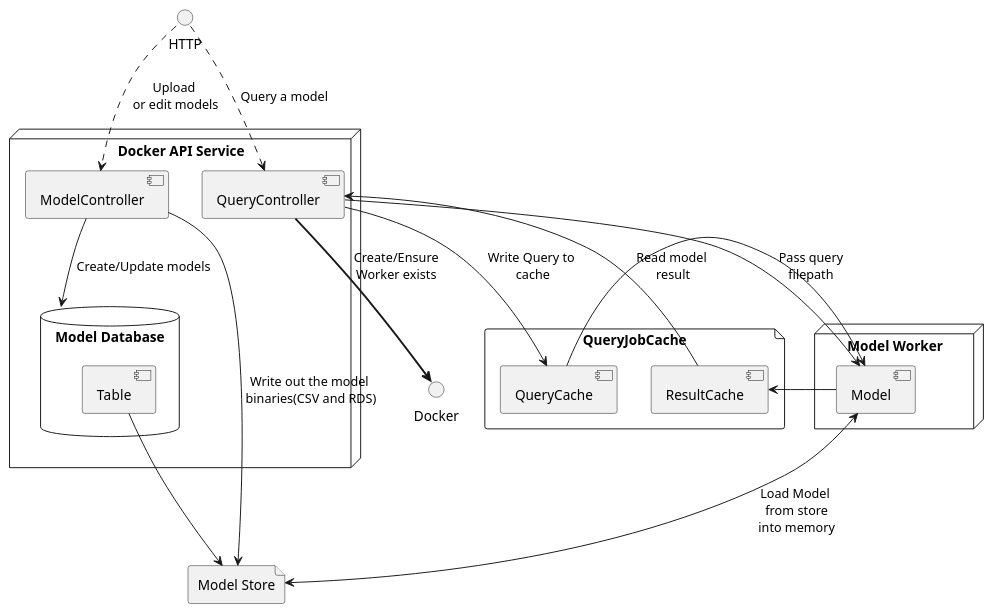
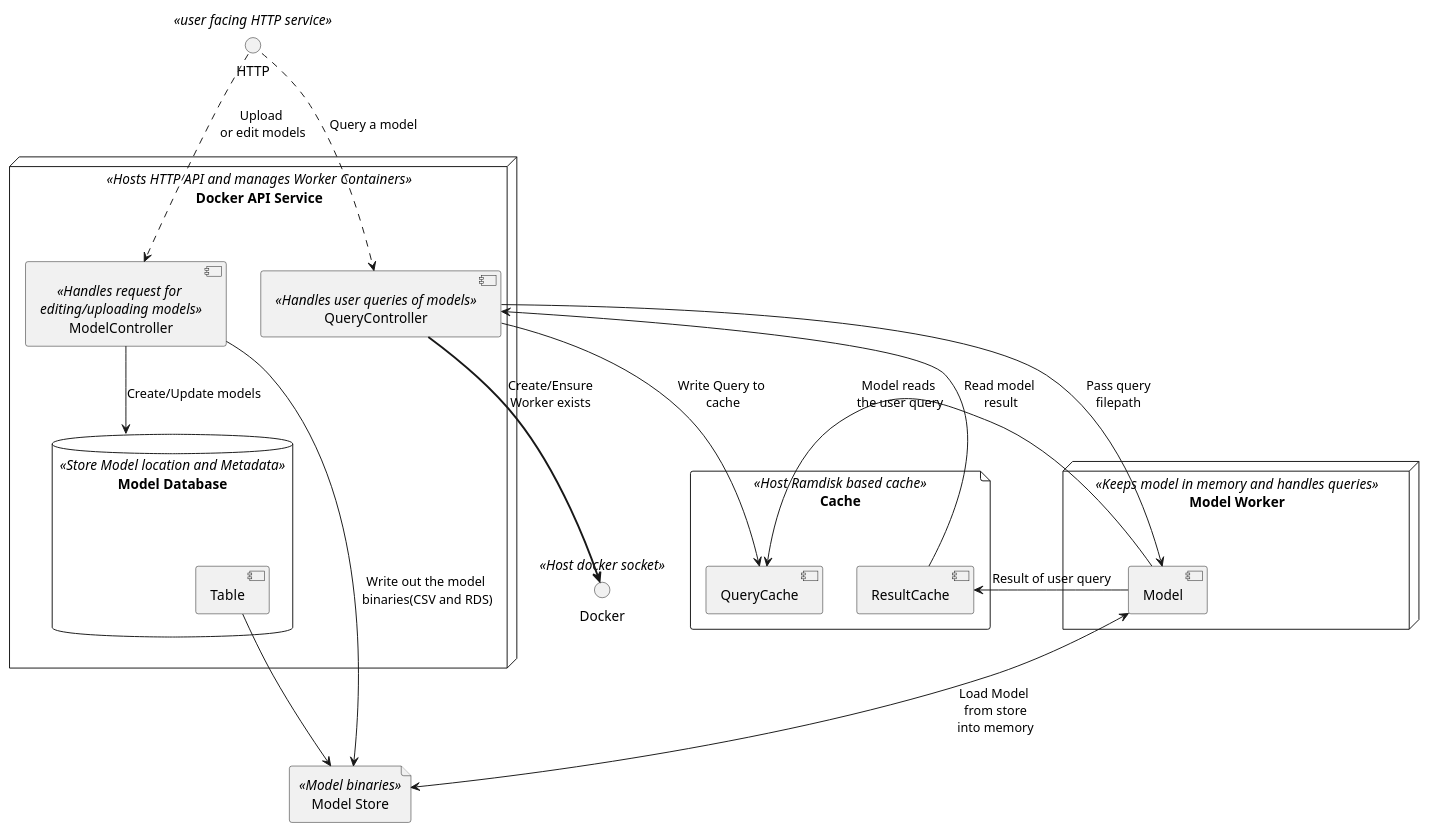
The diagram in api_service/docs_src/design.puml (microsoft/FluMapModel), drawn with PlantUML before and after one commit.

Commit message:
Updated design

```diff
--- a/api_service/docs_src/design.puml
+++ b/api_service/docs_src/design.puml
@@ -1,36 +1,38 @@
 @startuml
 
-() "Docker"
-() HTTP
+() "Docker" <<Host docker socket>>
+() HTTP <<user facing HTTP service>>
 
-file "QueryJobCache" {
+file "Cache" <<Host Ramdisk based cache>> {
    [QueryCache]
    [ResultCache]
 }
 
-file "Model Store"
+file "Model Store" <<Model binaries>>
 
 
-node "Model Worker" {
+node "Model Worker" <<Keeps model in memory and handles queries>>{
     [Model] <--> [Model Store] : Load Model \nfrom store\ninto memory
-    [QueryCache] --> [Model]
-    [Model] --> [ResultCache]
+    [QueryCache] <-- [Model] : Model reads \nthe user query
+    [Model] --> [ResultCache] : Result of user query
 
 }
 
 
-node "Docker API Service" {
+node "Docker API Service" <<Hosts HTTP API and manages Worker Containers>> {
+    [ModelController] <<Handles request for \nediting/uploading models>>
+    [QueryController] <<Handles user queries of models>>
     HTTP ..> [ModelController] : Upload \nor edit models
     HTTP ..> [QueryController] : Query a model
     [QueryController] ==> [Docker] : Create/Ensure\nWorker exists
     [QueryController] --> [QueryCache] : Write Query to \ncache
     [QueryController] --> [Model] : Pass query\nfilepath
     [QueryController] <-- [ResultCache] : Read model \nresult
     [ModelController] ---> [Model Store] : Write out the model\n binaries(CSV and RDS)
     [ModelController] --> [Model Database] : Create/Update models
 }
 
-database "Model Database" {
+database "Model Database" <<Store Model location and Metadata>> {
     [Table] --> [Model Store]
 }
 @enduml
```
